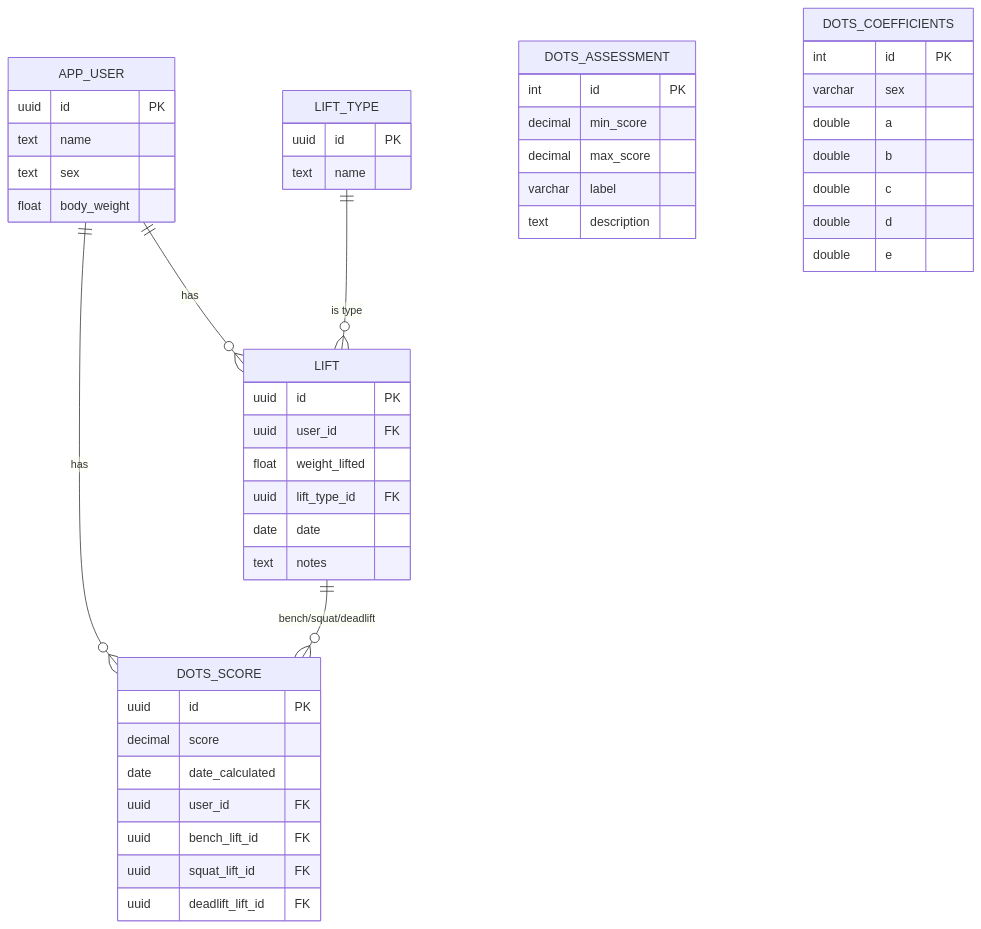
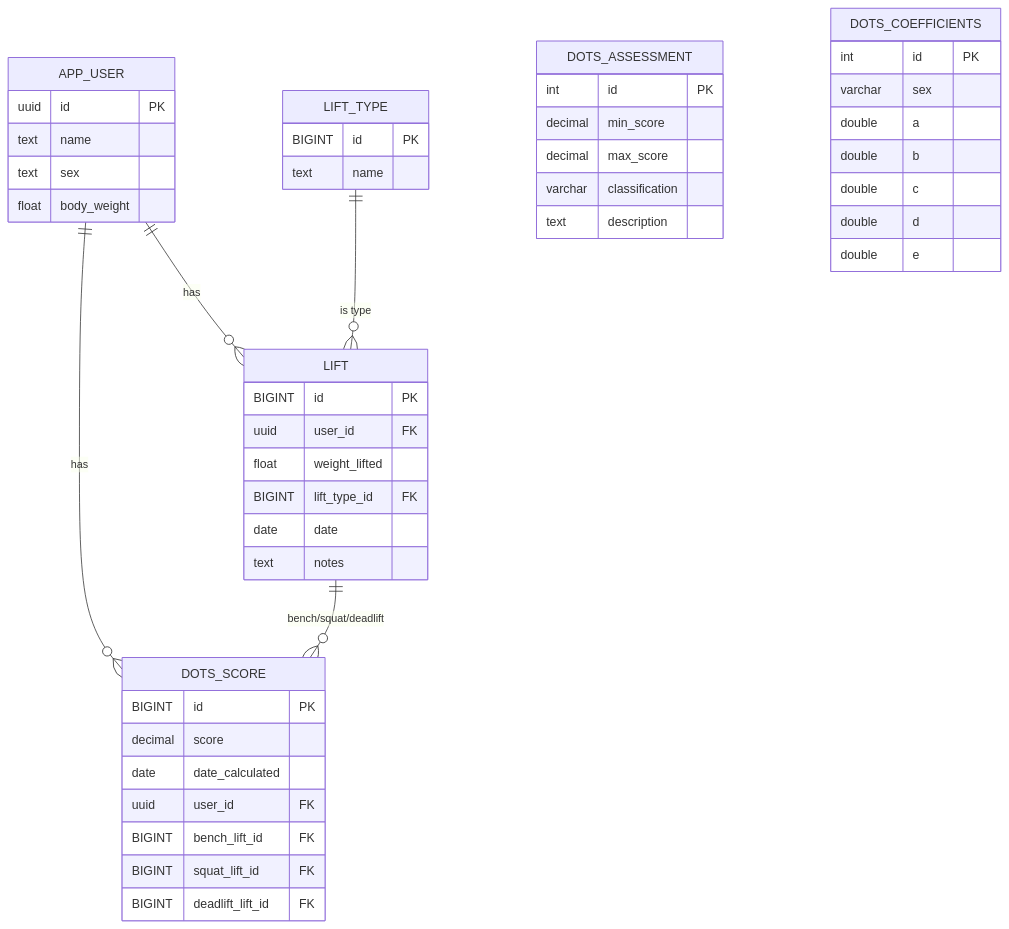
Before and after one commit to TrangLe265/pbs-backend: the diagram in README.md, drawn with Mermaid. The commit also changed other lines of this file, not shown here.

````diff
--- a/README.md
+++ b/README.md
@@ -21,51 +21,51 @@
 ```mermaid
 erDiagram
     APP_USER {
         uuid id PK
         text name
         text sex
         float body_weight
     }
     LIFT_TYPE {
-        uuid id PK
+        BIGINT id PK
         text name
     }
     LIFT {
-        uuid id PK
+        BIGINT id PK
         uuid user_id FK
         float weight_lifted
-        uuid lift_type_id FK
+        BIGINT lift_type_id FK
         date date
         text notes
     }
     DOTS_SCORE {
-        uuid id PK
+        BIGINT id PK
         decimal score
         date date_calculated
         uuid user_id FK
-        uuid bench_lift_id FK
-        uuid squat_lift_id FK
-        uuid deadlift_lift_id FK
+        BIGINT bench_lift_id FK
+        BIGINT squat_lift_id FK
+        BIGINT deadlift_lift_id FK
     }
     DOTS_ASSESSMENT {
         int id PK
         decimal min_score
         decimal max_score
-        varchar label
+        varchar classification
         text description
     }
     DOTS_COEFFICIENTS {
         int id PK
         varchar sex
         double a
         double b
         double c
         double d
         double e
     }
 
     APP_USER ||--o{ LIFT : "has"
     LIFT_TYPE ||--o{ LIFT : "is type"
     APP_USER ||--o{ DOTS_SCORE : "has"
     LIFT ||--o{ DOTS_SCORE : "bench/squat/deadlift"
 ```
````
